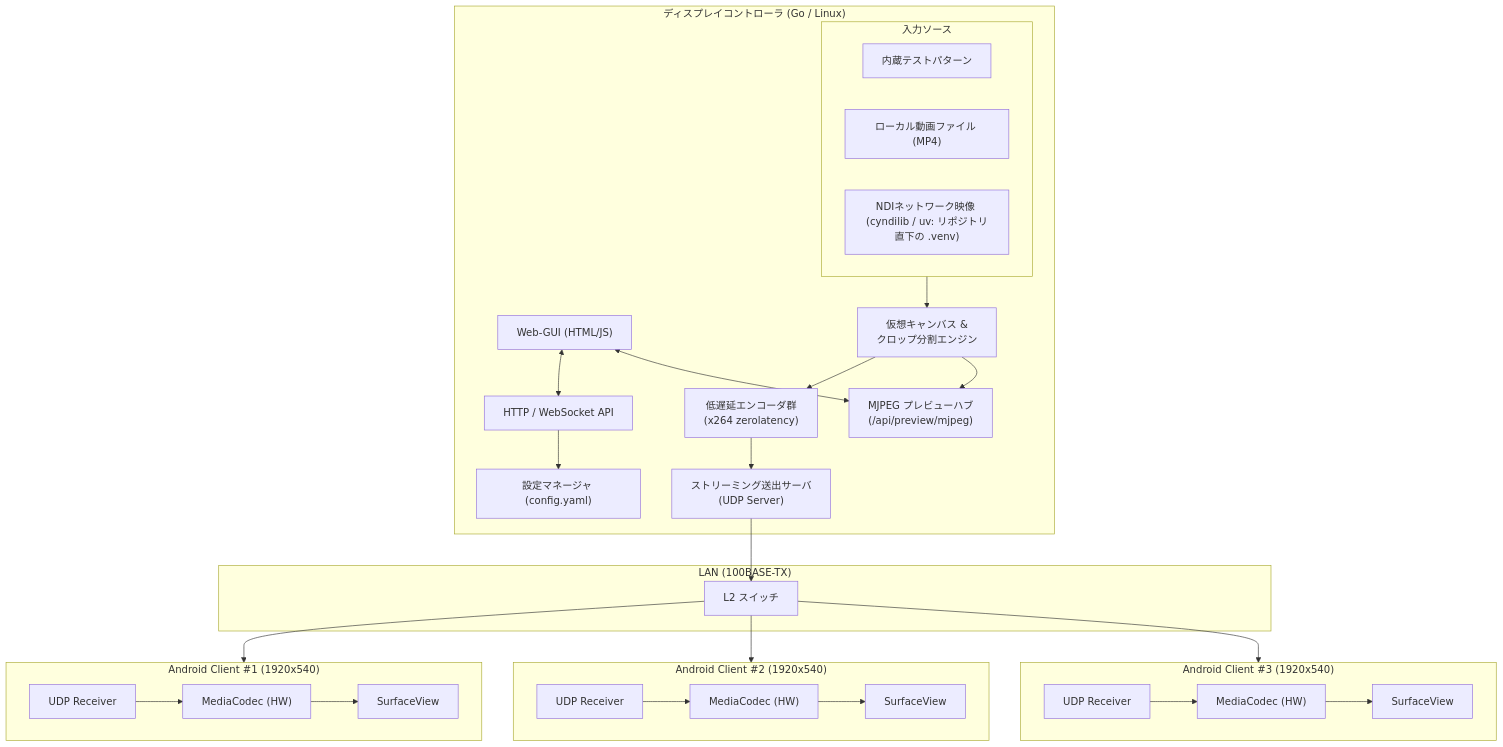
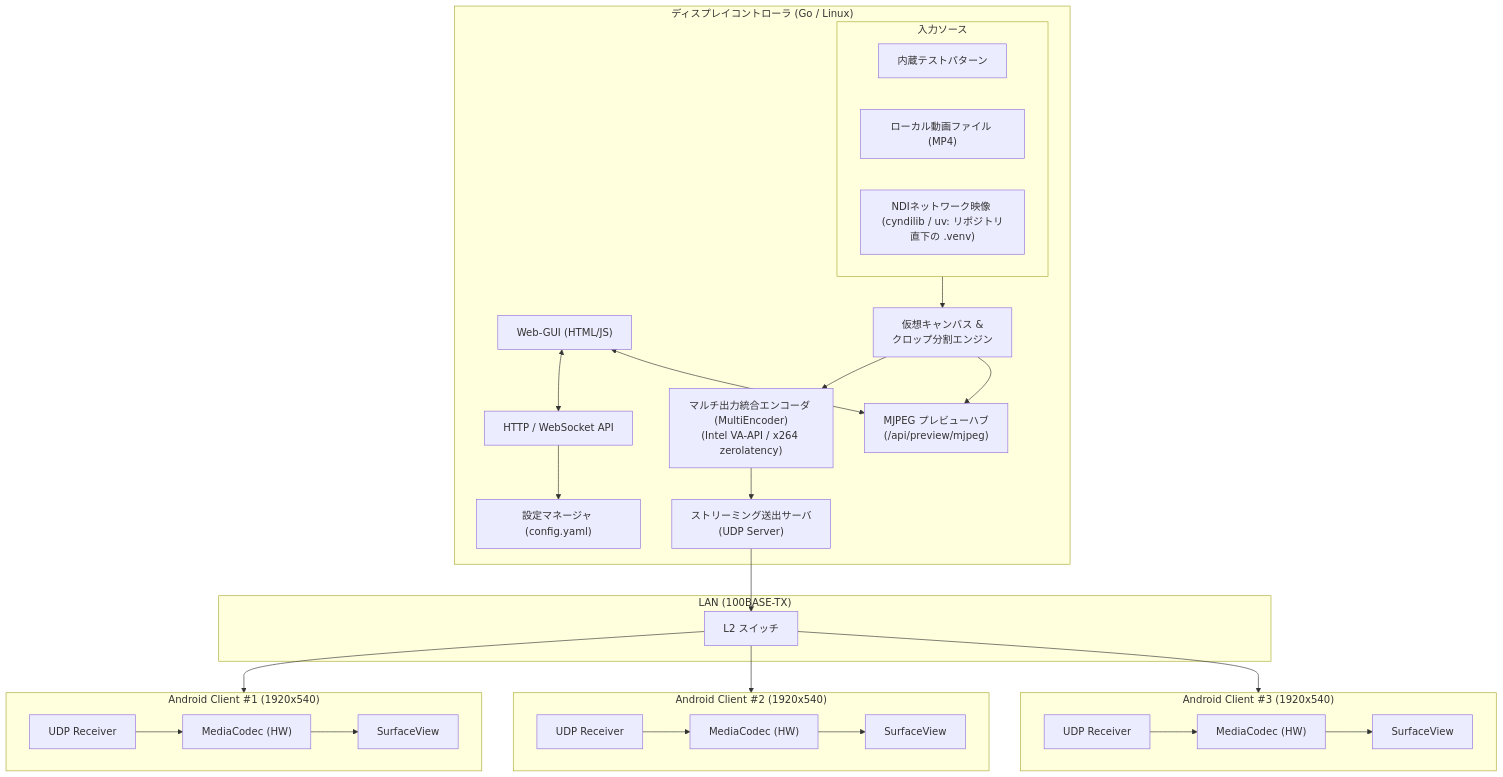
Before and after one commit to TechnoTUT/booth-display: the diagram in docs/architecture.md, drawn with Mermaid. The commit also changed other lines of this file and 2 other files, not shown here.

Commit message:
docs: add FFmpeg and VA-API setup guide and update architecture/development docs

````diff
--- a/docs/architecture.md
+++ b/docs/architecture.md
@@ -11,48 +11,48 @@
 ```mermaid
 flowchart TB
     subgraph Controller["ディスプレイコントローラ (Go / Linux)"]
         WebGUI["Web-GUI (HTML/JS)"]
         APIServer["HTTP / WebSocket API"]
         ConfigMgr["設定マネージャ (config.yaml)"]
         
         subgraph MediaSources["入力ソース"]
             TestPattern["内蔵テストパターン"]
             VideoFile["ローカル動画ファイル (MP4)"]
             NDISource["NDIネットワーク映像 (cyndilib / uv: リポジトリ直下の .venv)"]
         end
 
         CanvasEngine["仮想キャンバス &<br/>クロップ分割エンジン"]
-        EncoderPool["低遅延エンコーダ群<br/>(x264 zerolatency)"]
+        EncoderPool["マルチ出力統合エンコーダ (MultiEncoder)<br/>(Intel VA-API / x264 zerolatency)"]
         StreamServer["ストリーミング送出サーバ<br/>(UDP Server)"]
         PreviewHub["MJPEG プレビューハブ<br/>(/api/preview/mjpeg)"]
         
         WebGUI <--> APIServer
         APIServer --> ConfigMgr
         MediaSources --> CanvasEngine
         CanvasEngine --> EncoderPool
         CanvasEngine --> PreviewHub
         EncoderPool --> StreamServer
     end
 
     subgraph Network["LAN (100BASE-TX)"]
         Switch["L2 スイッチ"]
     end
 
     subgraph Client1["Android Client #1 (1920x540)"]
         Receiver1["UDP Receiver"] --> Codec1["MediaCodec (HW)"] --> Surface1["SurfaceView"]
     end
 
     subgraph Client2["Android Client #2 (1920x540)"]
         Receiver2["UDP Receiver"] --> Codec2["MediaCodec (HW)"] --> Surface2["SurfaceView"]
     end
 
     subgraph Client3["Android Client #3 (1920x540)"]
         Receiver3["UDP Receiver"] --> Codec3["MediaCodec (HW)"] --> Surface3["SurfaceView"]
     end
 
     StreamServer --> Switch
     Switch --> Client1
     Switch --> Client2
     Switch --> Client3
     WebGUI <--> PreviewHub
 ```
````
